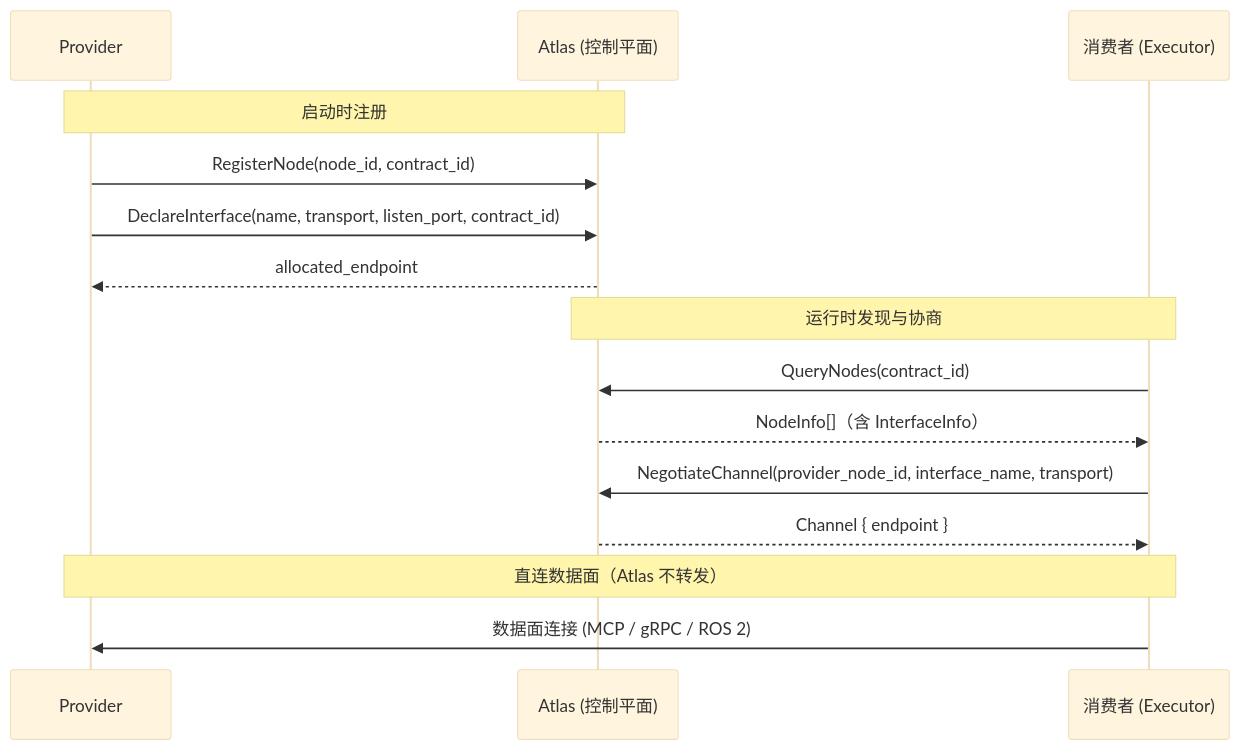
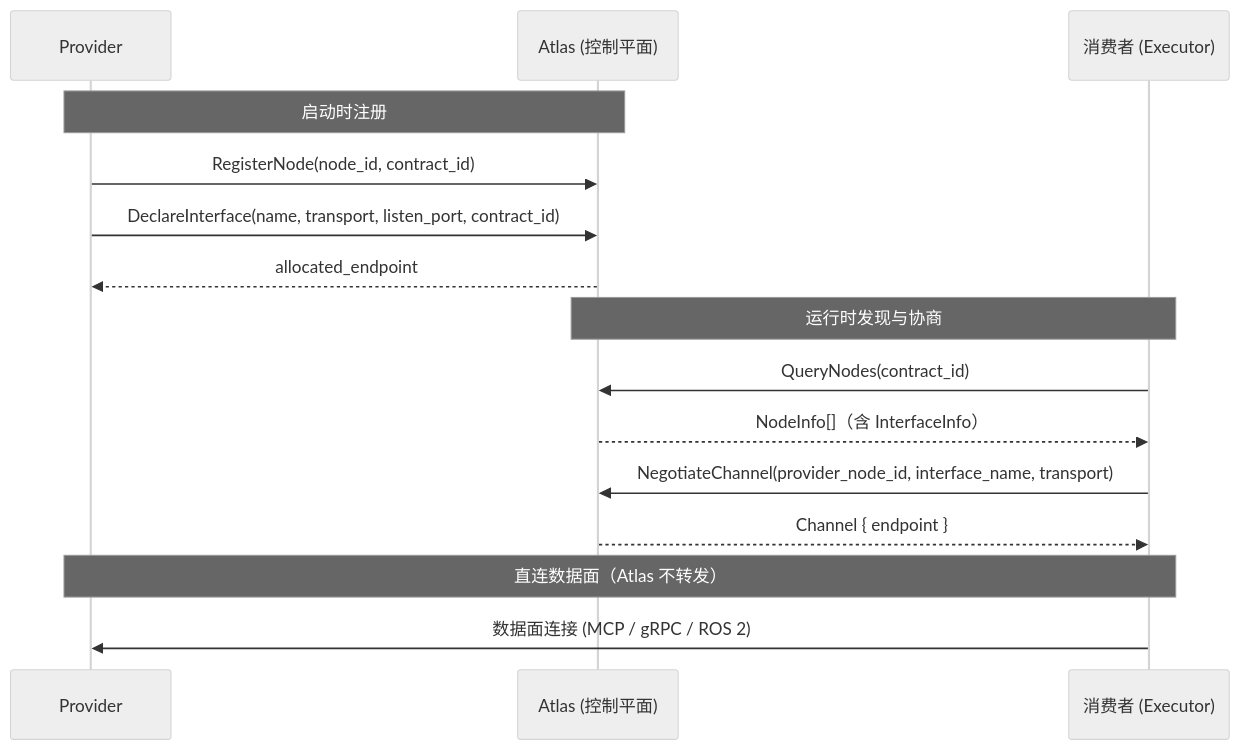
The diagram in src/architecture/namespace-and-interfaces.md (syswonder/robonix-book), drawn with Mermaid before and after one commit. The commit also changed 1 other file, not shown here.

Commit message:
docs(architecture): mermaid theme base → neutral
'base' locks the diagram to a white background which is unreadable
against mdbook's dark theme. 'neutral' uses grayscale that renders
on both light and dark backgrounds.

````diff
--- a/src/architecture/namespace-and-interfaces.md
+++ b/src/architecture/namespace-and-interfaces.md
@@ -127,21 +127,21 @@
 ```mermaid
-%%{init: {'theme': 'base'}}%%
+%%{init: {'theme': 'neutral'}}%%
 sequenceDiagram
     participant P as Provider
     participant A as Atlas (控制平面)
     participant C as 消费者 (Executor)
 
     Note over P,A: 启动时注册
     P->>A: RegisterNode(node_id, contract_id)
     P->>A: DeclareInterface(name, transport, listen_port, contract_id)
     A-->>P: allocated_endpoint
 
     Note over C,A: 运行时发现与协商
     C->>A: QueryNodes(contract_id)
     A-->>C: NodeInfo[]（含 InterfaceInfo）
     C->>A: NegotiateChannel(provider_node_id, interface_name, transport)
     A-->>C: Channel { endpoint }
 
     Note over C,P: 直连数据面（Atlas 不转发）
     C->>P: 数据面连接 (MCP / gRPC / ROS 2)
 ```
````
